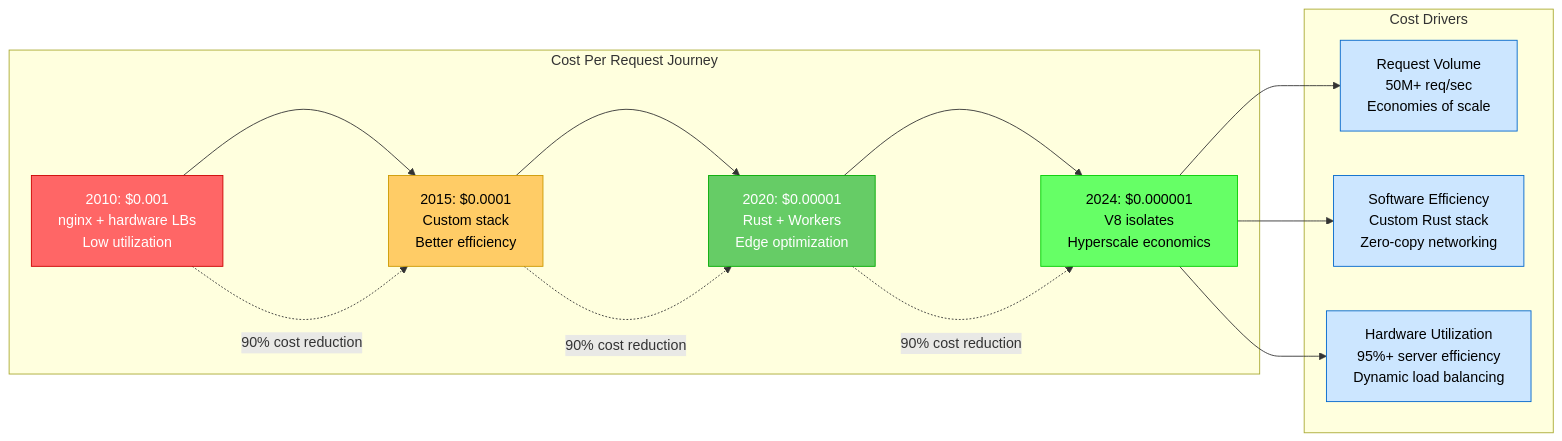
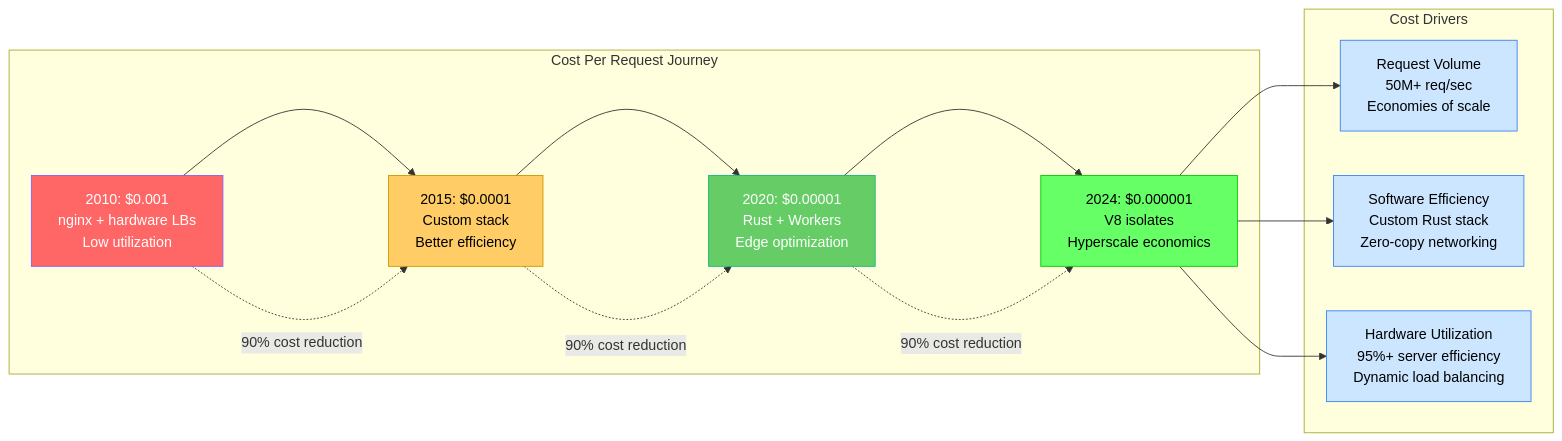
Before and after one commit to deepaucksharma/DS: the third of 8 diagrams in site/docs/systems/cloudflare/cost-breakdown.md, drawn with Mermaid. The commit also changed other lines of this file and 303 other files, not shown here.

````diff
--- a/site/docs/systems/cloudflare/cost-breakdown.md
+++ b/site/docs/systems/cloudflare/cost-breakdown.md
@@ -135,41 +135,41 @@
 ```mermaid
 graph LR
     subgraph "Cost Per Request Journey"
         Y2010[2010: $0.001<br/>nginx + hardware LBs<br/>Low utilization]
         Y2015[2015: $0.0001<br/>Custom stack<br/>Better efficiency]
         Y2020[2020: $0.00001<br/>Rust + Workers<br/>Edge optimization]
         Y2024[2024: $0.000001<br/>V8 isolates<br/>Hyperscale economics]
 
         Y2010 --> Y2015
         Y2015 --> Y2020
         Y2020 --> Y2024
     end
 
     %% Efficiency improvements
     Y2010 -.->|90% cost reduction| Y2015
     Y2015 -.->|90% cost reduction| Y2020
     Y2020 -.->|90% cost reduction| Y2024
 
     subgraph "Cost Drivers"
         VOLUME[Request Volume<br/>50M+ req/sec<br/>Economies of scale]
         EFFICIENCY[Software Efficiency<br/>Custom Rust stack<br/>Zero-copy networking]
         UTILIZATION[Hardware Utilization<br/>95%+ server efficiency<br/>Dynamic load balancing]
     end
 
     Y2024 --> VOLUME
     Y2024 --> EFFICIENCY
     Y2024 --> UTILIZATION
 
     %% Apply improvement colors
-    classDef expensiveStyle fill:#FF6666,stroke:#CC0000,color:#fff
+    classDef expensiveStyle fill:#FF6666,stroke:#8B5CF6,color:#fff
     classDef improvingStyle fill:#FFCC66,stroke:#CC9900,color:#000
-    classDef efficientStyle fill:#66CC66,stroke:#00AA00,color:#fff
+    classDef efficientStyle fill:#66CC66,stroke:#10B981,color:#fff
     classDef optimalStyle fill:#66FF66,stroke:#00CC00,color:#000
-    classDef driverStyle fill:#CCE6FF,stroke:#0066CC,color:#000
+    classDef driverStyle fill:#CCE6FF,stroke:#3B82F6,color:#000
 
     class Y2010 expensiveStyle
     class Y2015 improvingStyle
     class Y2020 efficientStyle
     class Y2024 optimalStyle
     class VOLUME,EFFICIENCY,UTILIZATION driverStyle
 ```
````
